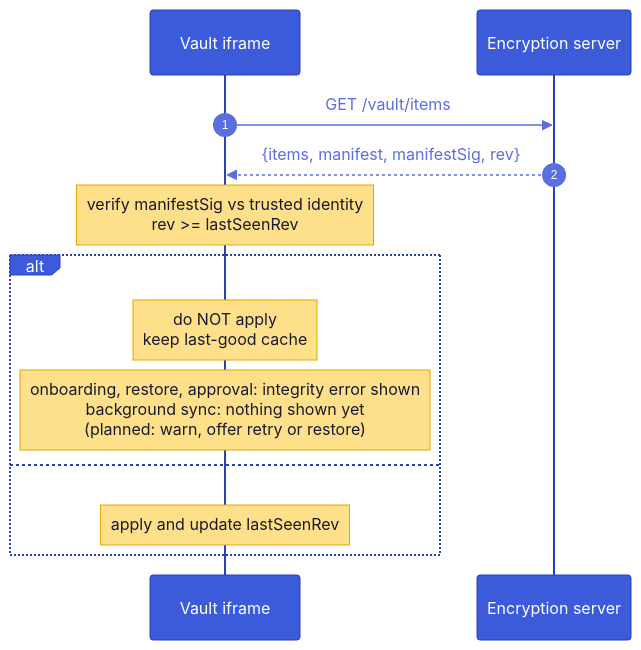
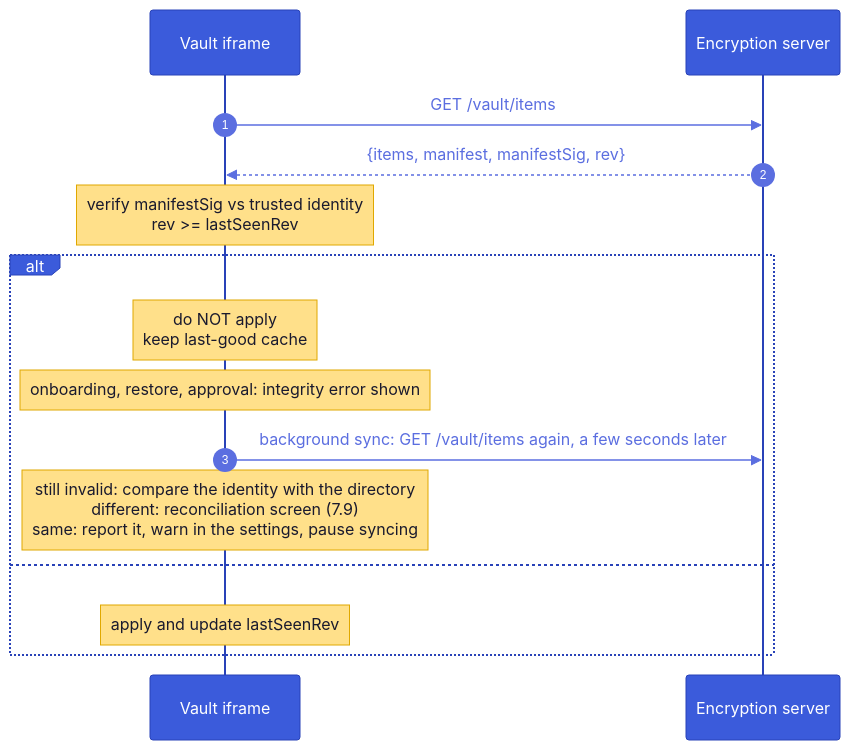
One commit to suitenumerique/encryption changed diagram 16 of 23 in architecture.md. Above: the diagram before and after it, drawn with Mermaid. The commit also changed other lines of this file and 15 other files, not shown here.

````diff
--- a/architecture.md
+++ b/architecture.md
@@ -1130,16 +1132,18 @@
 ```mermaid
 %%{init: {'theme':'base','look':'classic','themeVariables':{'actorBkg':'#3b5bdb','actorTextColor':'#fff','actorBorder':'#2942b8','signalColor':'#5b6ee0','signalTextColor':'#5b6ee0','noteBkgColor':'#ffe08a','noteTextColor':'#1a1a2e','noteBorderColor':'#e0a800','sequenceNumberColor':'#fff'}}}%%
 sequenceDiagram
   autonumber
   participant V as Vault iframe
   participant API as Encryption server
   V->>API: GET /vault/items
   API-->>V: {items, manifest, manifestSig, rev}
   Note over V: verify manifestSig vs trusted identity<br/>rev >= lastSeenRev
   alt invalid signature or rolled-back revision
     Note over V: do NOT apply<br/>keep last-good cache
-    Note over V: onboarding, restore, approval: integrity error shown<br/>background sync: nothing shown yet<br/>(planned: warn, offer retry or restore)
+    Note over V: onboarding, restore, approval: integrity error shown
+    V->>API: background sync: GET /vault/items again, a few seconds later
+    Note over V: still invalid: compare the identity with the directory<br/>different: reconciliation screen (7.9)<br/>same: report it, warn in the settings, pause syncing
   else valid
     Note over V: apply and update lastSeenRev
   end
 ```
````
